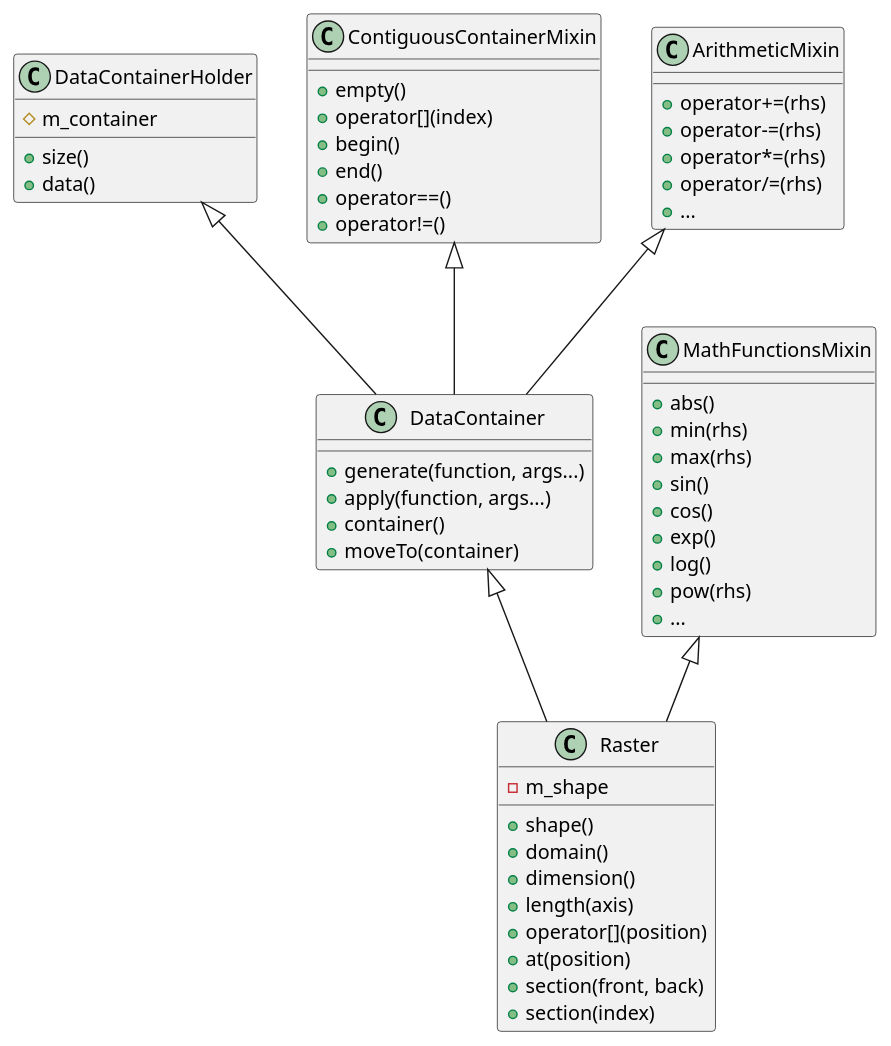
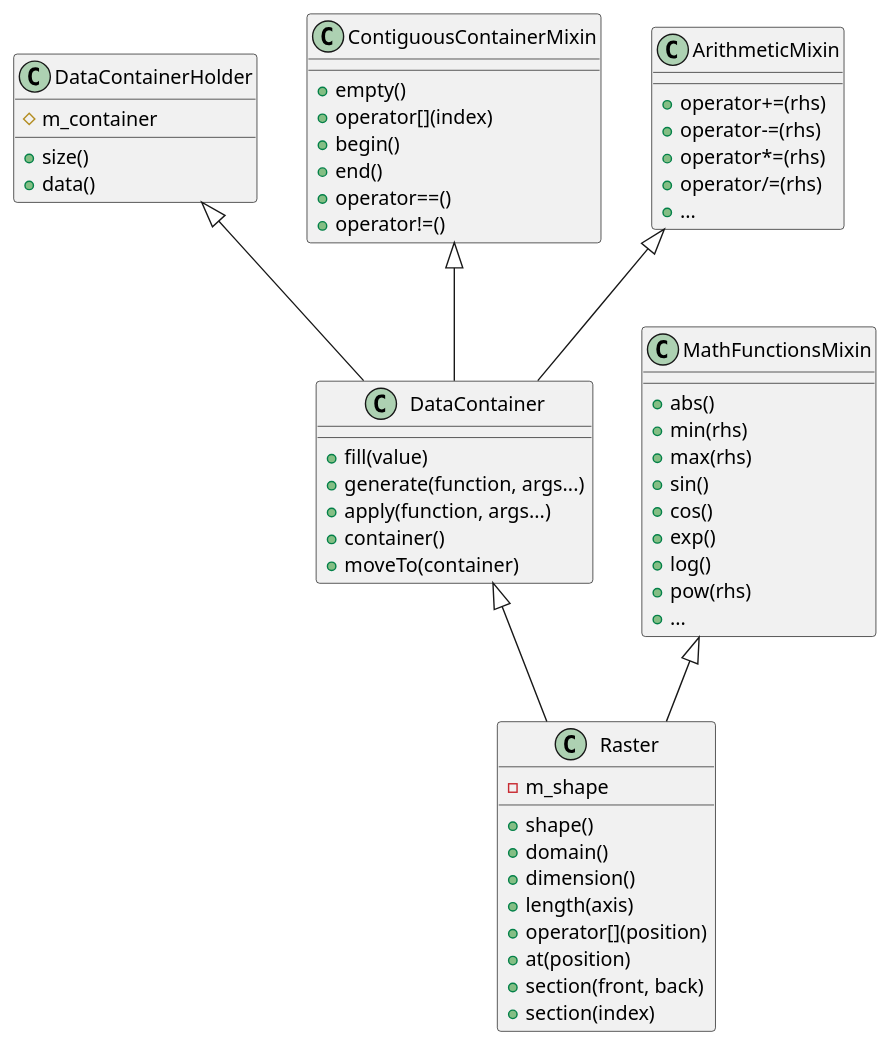
The diagram in doc/diagrams/data_classes.puml (kabasset/Linx), drawn with PlantUML before and after one commit. The commit also changed 6 other files, not shown here.

```diff
--- a/doc/diagrams/data_classes.puml
+++ b/doc/diagrams/data_classes.puml
@@ -1,61 +1,62 @@
 @startuml
 class DataContainerHolder {
 # m_container
 + size()
 + data()
 }
 
 class DataContainer {
++ fill(value)
 + generate(function, args...)
 + apply(function, args...)
 + container()
 + moveTo(container)
 }
 
 class Raster {
 - m_shape
 + shape()
 + domain()
 + dimension()
 + length(axis)
 + operator[](position)
 + at(position)
 + section(front, back)
 + section(index)
 }
 
 class ContiguousContainerMixin {
 + empty()
 + operator[](index)
 + begin()
 + end()
 + operator==()
 + operator!=()
 }
 
 class ArithmeticMixin {
 + operator+=(rhs)
 + operator-=(rhs)
 + operator*=(rhs)
 + operator/=(rhs)
 + {method}...
 }
 
 class MathFunctionsMixin {
 + abs()
 + min(rhs)
 + max(rhs)
 + sin()
 + cos()
 + exp()
 + log()
 + pow(rhs)
 + {method}...
 }
 
 ContiguousContainerMixin <|-- DataContainer
 ArithmeticMixin <|-- DataContainer
 DataContainerHolder <|-- DataContainer
 DataContainer <|-- Raster
 MathFunctionsMixin <|-- Raster
 @enduml
```
